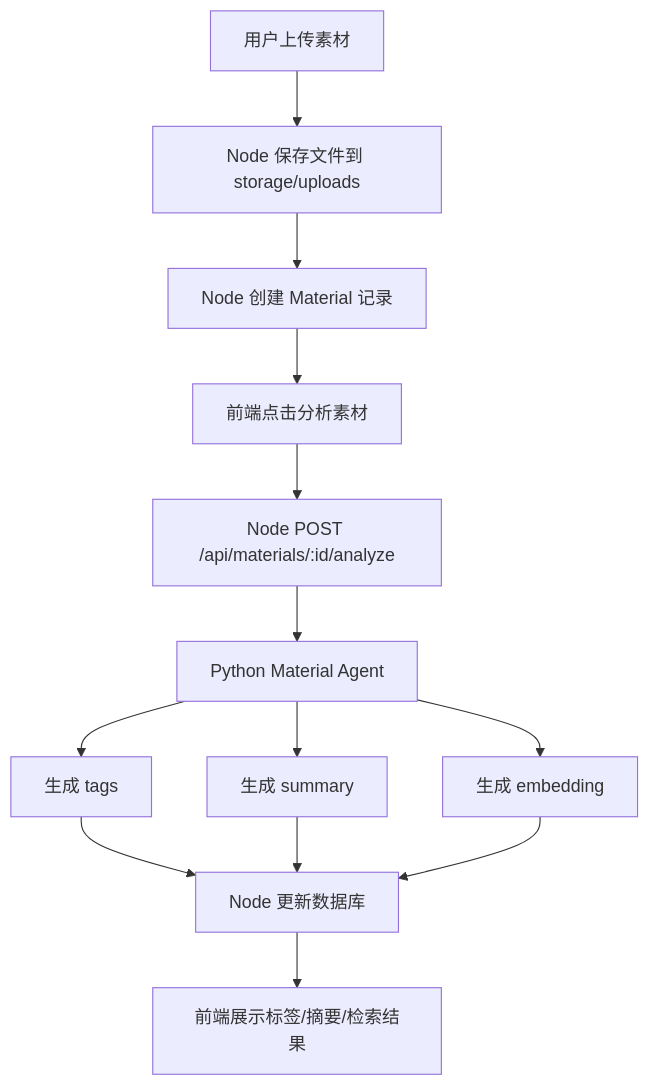
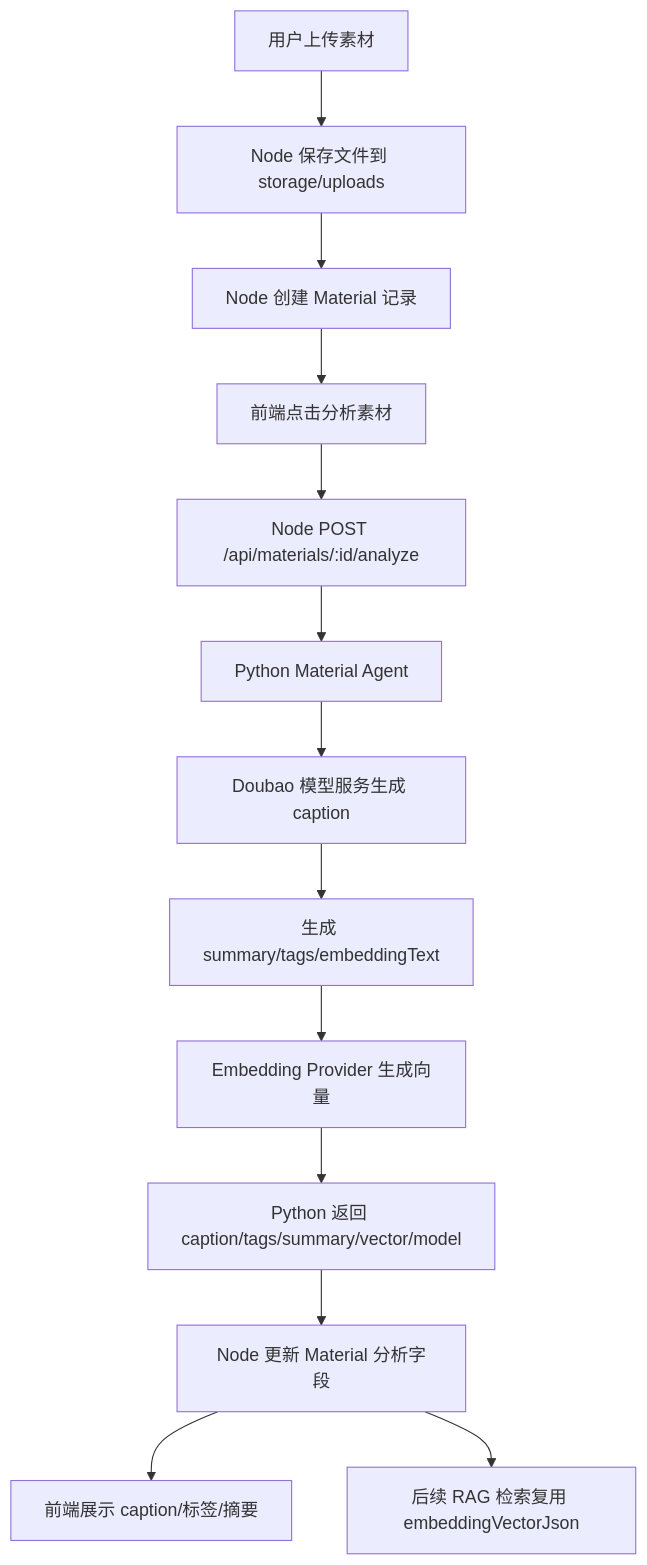
The fourth of 17 diagrams in docs/项目讲解.md (xiaoyugangg/tiktok_shop), drawn with Mermaid before and after one commit. The commit also changed other lines of this file and 46 other files, not shown here.

````diff
--- a/docs/项目讲解.md
+++ b/docs/项目讲解.md
@@ -224,15 +300,15 @@
 ```mermaid
 flowchart TD
   A[用户上传素材] --> B[Node 保存文件到 storage/uploads]
   B --> C[Node 创建 Material 记录]
   C --> D[前端点击分析素材]
   D --> E[Node POST /api/materials/:id/analyze]
   E --> F[Python Material Agent]
-  F --> G[生成 tags]
-  F --> H[生成 summary]
-  F --> I[生成 embedding]
-  G --> J[Node 更新数据库]
-  H --> J
-  I --> J
-  J --> K[前端展示标签/摘要/检索结果]
+  F --> G[Doubao 模型服务生成 caption]
+  G --> H[生成 summary/tags/embeddingText]
+  H --> I[Embedding Provider 生成向量]
+  I --> J[Python 返回 caption/tags/summary/vector/model]
+  J --> K[Node 更新 Material 分析字段]
+  K --> L[前端展示 caption/标签/摘要]
+  K --> M[后续 RAG 检索复用 embeddingVectorJson]
 ```
````
